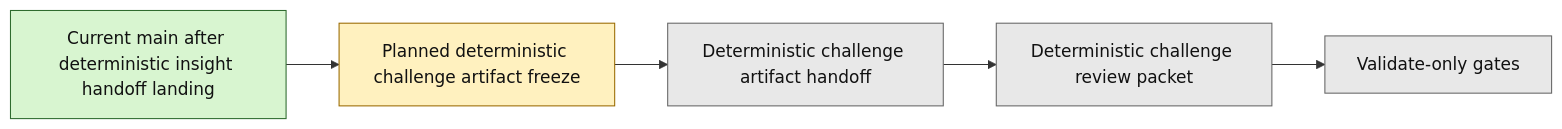
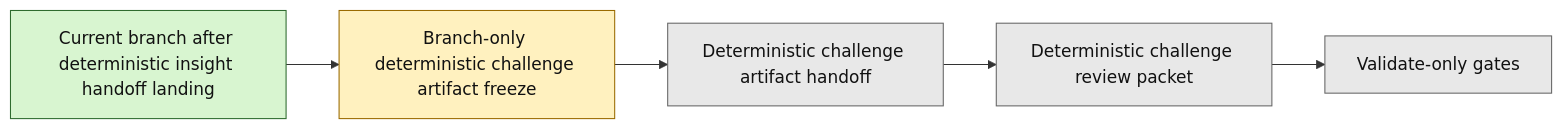
The second of 2 diagrams in next_milestone_plans/layer3_progress_board.md (benjmcd/project6_REPO_MCP_FOLDER), drawn with Mermaid before and after one commit. The commit also changed other lines of this file and 9 other files, not shown here.

Commit message:
docs(layer3): freeze deterministic challenge continuation

````diff
--- a/next_milestone_plans/layer3_progress_board.md
+++ b/next_milestone_plans/layer3_progress_board.md
@@ -148,15 +152,15 @@
 ```mermaid
 flowchart LR
-    A["Current main after deterministic insight handoff landing"] --> B["Planned deterministic challenge artifact freeze"]
+    A["Current branch after deterministic insight handoff landing"] --> B["Branch-only deterministic challenge artifact freeze"]
     B --> C["Deterministic challenge artifact handoff"]
     C --> D["Deterministic challenge review packet"]
     D --> E["Validate-only gates"]
 
     classDef done fill:#d8f5d0,stroke:#2f6b2f,color:#111;
     classDef planned fill:#fff1bf,stroke:#9a6b00,color:#111;
     classDef future fill:#e8e8e8,stroke:#666,color:#111;
 
     class A done;
     class B planned;
     class C,D,E future;
 ```
````
